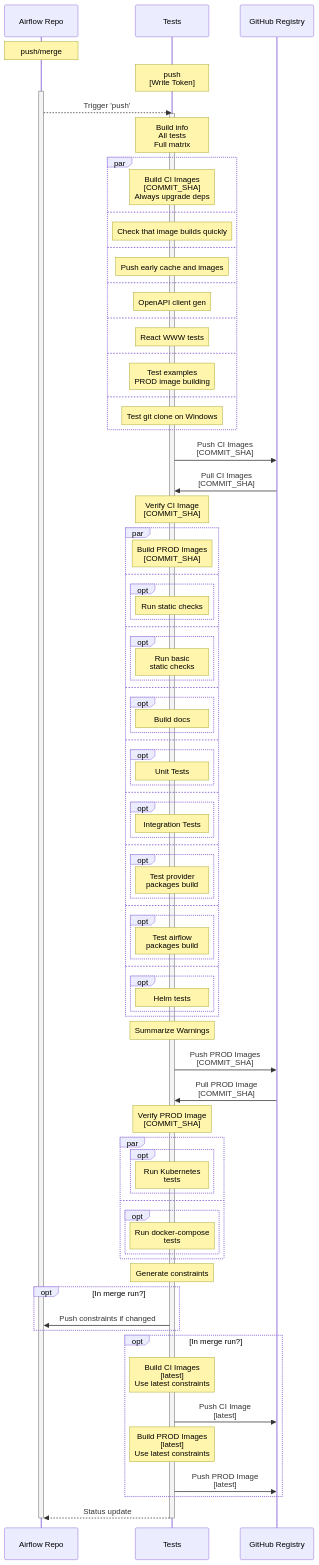
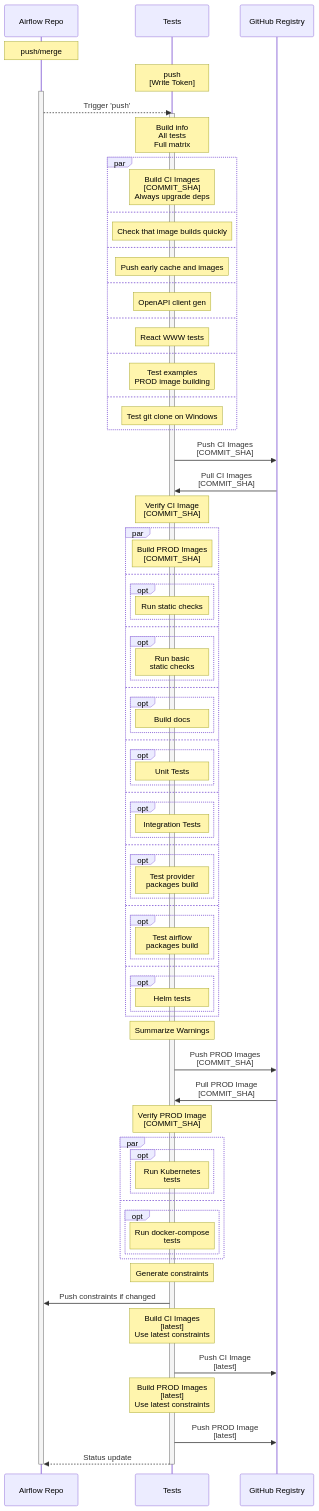
Before and after one commit to GoogleCloudPlatform/composer-airflow: the third of 4 diagrams in CI_DIAGRAMS.md, drawn with Mermaid.

Commit message:
Small fixups to CI diagrams (#29235)
There are few small fixups in CI diagrams that would reflect better
the current flow:

* while Build ARM images is not dependency of other jobs, they
  contribute to overall build status
* Canary run is always run as "merge" run so there is no conditional
  needed there.

```diff
--- a/CI_DIAGRAMS.md
+++ b/CI_DIAGRAMS.md
@@ -287,15 +287,11 @@
         end
     end
     Note over Tests: Generate constraints
-    opt In merge run?
-        Tests ->> Airflow Repo: Push constraints if changed
-    end
-    opt In merge run?
-        Note over Tests: Build CI Images<br>[latest]<br>Use latest constraints
-        Tests ->> GitHub Registry: Push CI Image<br>[latest]
-        Note over Tests: Build PROD Images<br>[latest]<br>Use latest constraints
-        Tests ->> GitHub Registry: Push PROD Image<br>[latest]
-    end
+    Tests ->> Airflow Repo: Push constraints if changed
+    Note over Tests: Build CI Images<br>[latest]<br>Use latest constraints
+    Tests ->> GitHub Registry: Push CI Image<br>[latest]
+    Note over Tests: Build PROD Images<br>[latest]<br>Use latest constraints
+    Tests ->> GitHub Registry: Push PROD Image<br>[latest]
     Tests -->> Airflow Repo: Status update
     deactivate Airflow Repo
     deactivate Tests
```
